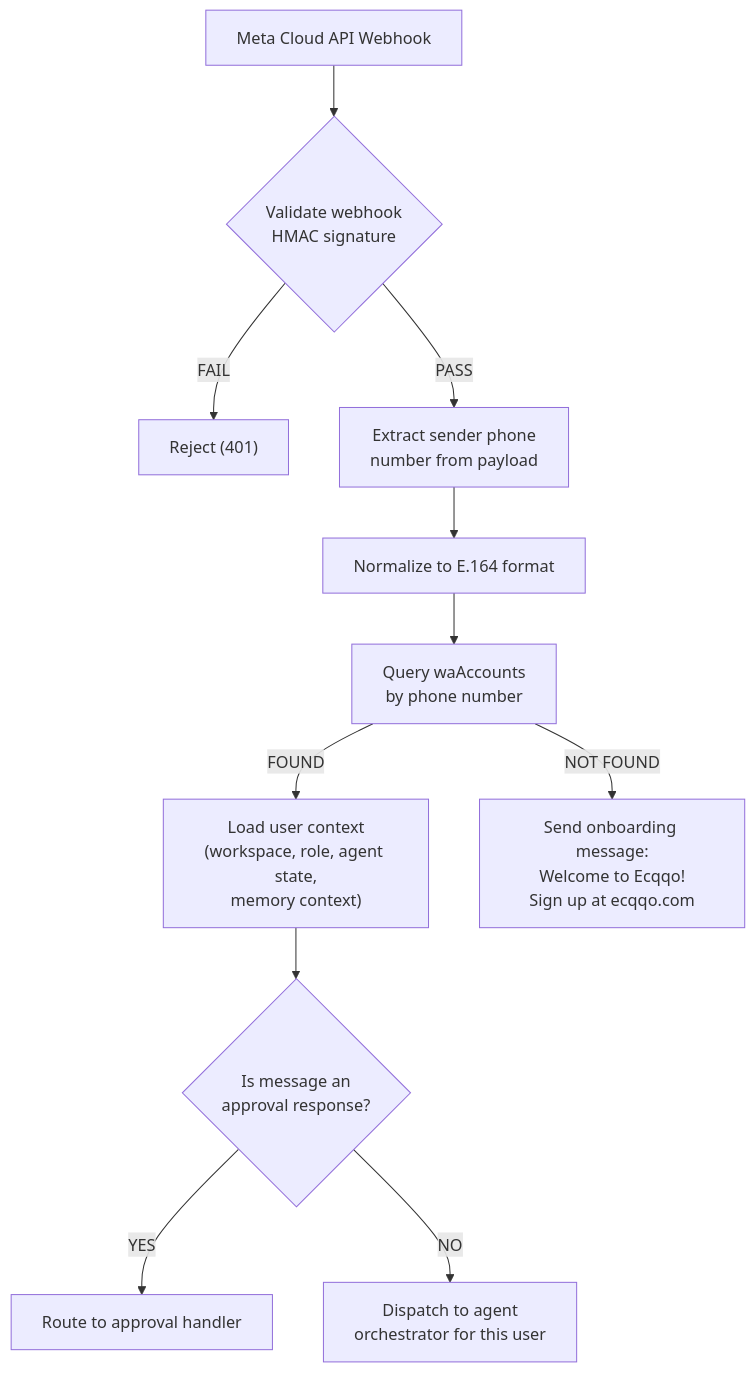
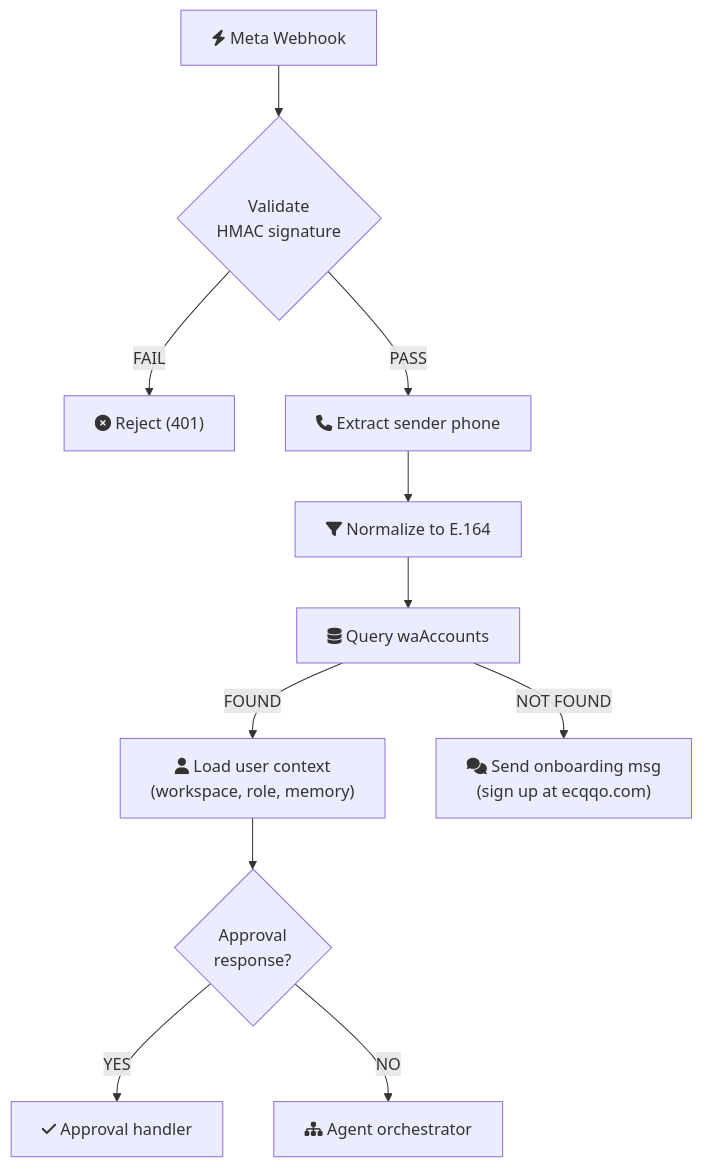
One commit to alilibx/ecqo changed the second of 2 diagrams in docs/flows/user-identification.md. Above: the diagram before and after it, drawn with Mermaid. The commit also changed other lines of this file and 23 other files, not shown here.

````diff
--- a/docs/flows/user-identification.md
+++ b/docs/flows/user-identification.md
@@ -53,15 +35,15 @@
 ```mermaid
 flowchart TD
-    A["Meta Cloud API Webhook"] --> B{"Validate webhook<br/>HMAC signature"}
-    B -- FAIL --> R["Reject (401)"]
-    B -- PASS --> C["Extract sender phone<br/>number from payload"]
-    C --> D["Normalize to E.164 format"]
-    D --> E["Query waAccounts<br/>by phone number"]
+    A["fa:fa-bolt Meta Webhook"] --> B{"Validate<br/>HMAC signature"}
+    B -- FAIL --> R["fa:fa-circle-xmark Reject (401)"]
+    B -- PASS --> C["fa:fa-phone Extract sender phone"]
+    C --> D["fa:fa-filter Normalize to E.164"]
+    D --> E["fa:fa-database Query waAccounts"]
 
-    E -- FOUND --> F["Load user context<br/>(workspace, role, agent state,<br/>memory context)"]
-    F --> G{"Is message an<br/>approval response?"}
-    G -- YES --> H["Route to approval handler"]
-    G -- NO --> I["Dispatch to agent<br/>orchestrator for this user"]
+    E -- FOUND --> F["fa:fa-user Load user context<br/>(workspace, role, memory)"]
+    F --> G{"Approval<br/>response?"}
+    G -- YES --> H["fa:fa-check Approval handler"]
+    G -- NO --> I["fa:fa-sitemap Agent orchestrator"]
 
-    E -- NOT FOUND --> J["Send onboarding message:<br/>Welcome to Ecqqo!<br/>Sign up at ecqqo.com"]
+    E -- NOT FOUND --> J["fa:fa-comments Send onboarding msg<br/>(sign up at ecqqo.com)"]
 ```
````
